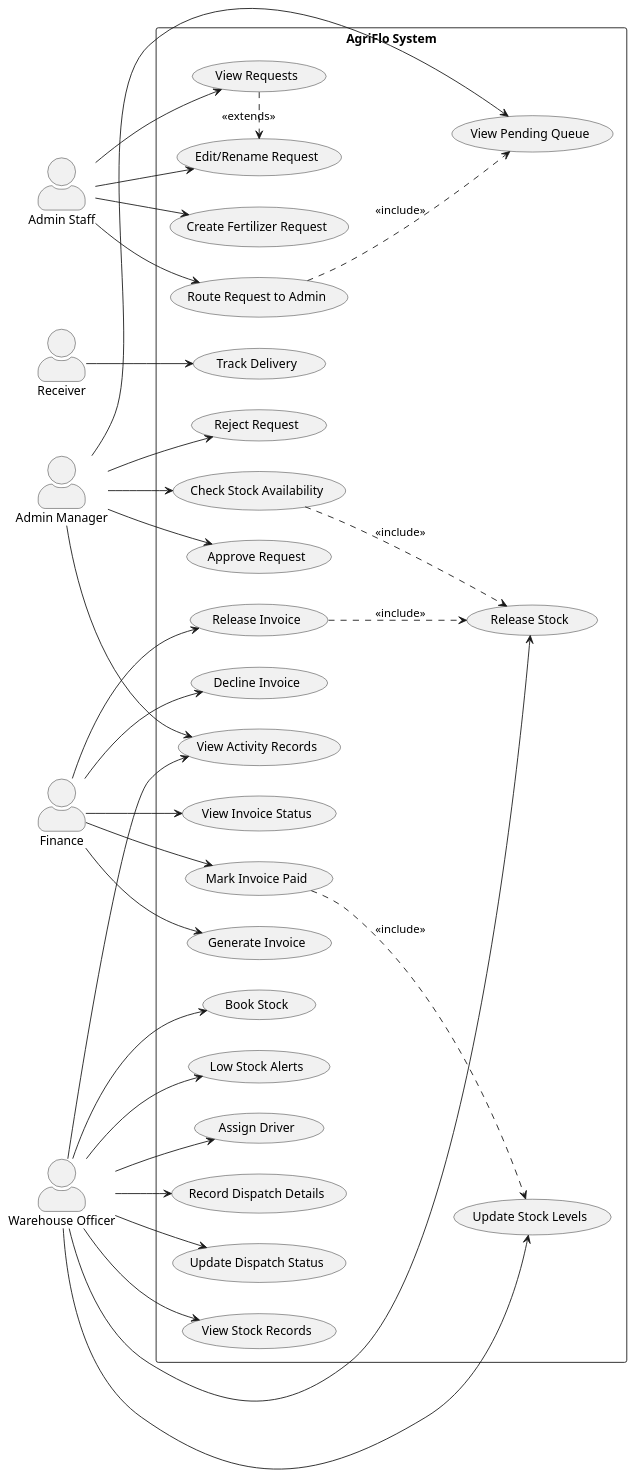
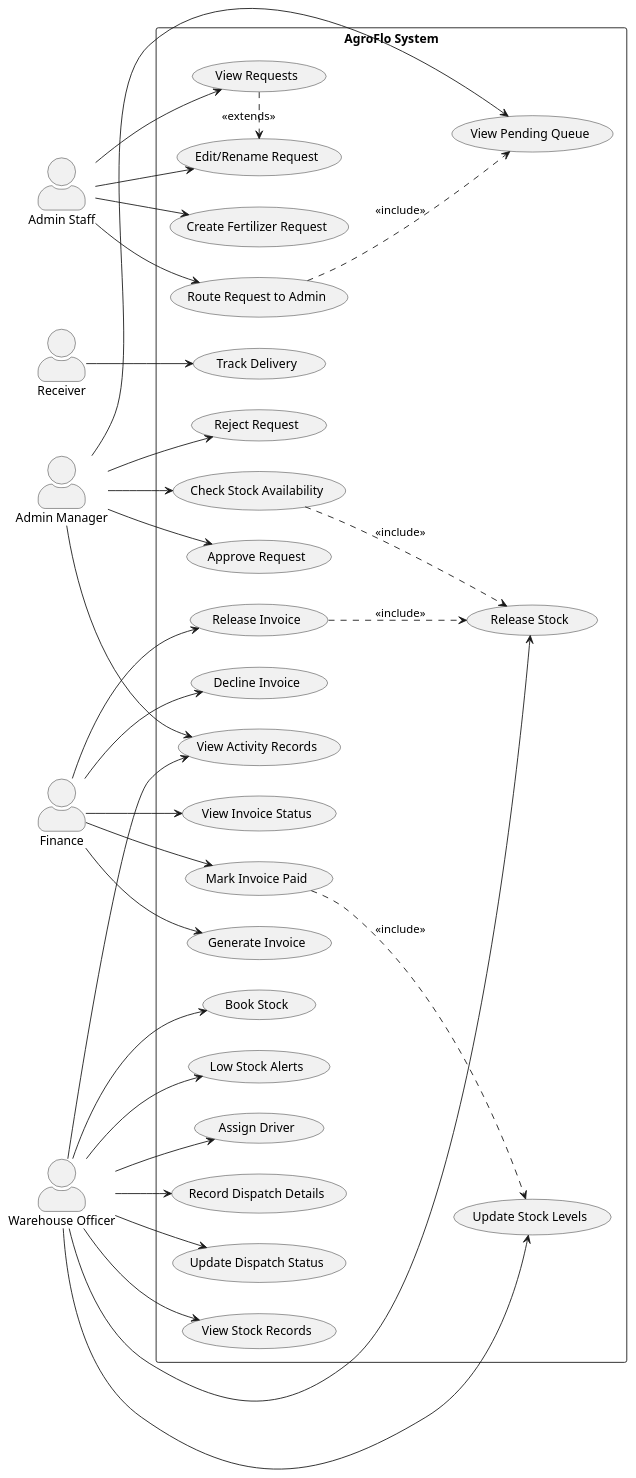
One commit to SenulMapa/AgroFlo changed the first of 2 diagrams in docs/use-case-diagram.md. Above: the diagram before and after it, drawn with PlantUML. The commit also changed other lines of this file and 3 other files, not shown here.

Commit message:
fix: rebranding AgriFlo → AgroFlo

````diff
--- a/docs/use-case-diagram.md
+++ b/docs/use-case-diagram.md
@@ -5,80 +5,80 @@
 ```plantuml
 @startuml
 skinparam actorStyle awesome
 
 left to right direction
 
 actor "Admin Staff" as admin_staff
 actor "Admin Manager" as admin_manager
 actor "Finance" as finance
 actor "Warehouse Officer" as warehouse
 actor "Receiver" as receiver
 
-rectangle "AgriFlo System" {
+rectangle "AgroFlo System" {
   usecase "Create Fertilizer Request" as UC1
   usecase "Edit/Rename Request" as UC2
   usecase "View Requests" as UC3
   usecase "Route Request to Admin" as UC4
 
   usecase "Approve Request" as UC5
   usecase "Reject Request" as UC6
   usecase "View Pending Queue" as UC7
   usecase "Check Stock Availability" as UC8
 
   usecase "Generate Invoice" as UC9
   usecase "Release Invoice" as UC10
   usecase "Decline Invoice" as UC11
   usecase "View Invoice Status" as UC12
   usecase "Mark Invoice Paid" as UC13
 
   usecase "View Stock Records" as UC14
   usecase "Release Stock" as UC15
   usecase "Book Stock" as UC16
   usecase "Update Stock Levels" as UC17
   usecase "Low Stock Alerts" as UC18
 
   usecase "Assign Driver" as UC19
   usecase "Record Dispatch Details" as UC20
   usecase "Update Dispatch Status" as UC21
 
   usecase "Track Delivery" as UC22
   usecase "View Activity Records" as UC23
 }
 
 admin_staff --> UC1
 admin_staff --> UC2
 admin_staff --> UC3
 admin_staff --> UC4
 
 admin_manager --> UC5
 admin_manager --> UC6
 admin_manager --> UC7
 admin_manager --> UC8
 admin_manager --> UC23
 
 finance --> UC9
 finance --> UC10
 finance --> UC11
 finance --> UC12
 finance --> UC13
 
 warehouse --> UC14
 warehouse --> UC15
 warehouse --> UC16
 warehouse --> UC17
 warehouse --> UC18
 warehouse --> UC19
 warehouse --> UC20
 warehouse --> UC21
 warehouse --> UC23
 
 receiver --> UC22
 
 UC3 .> UC2 : <<extends>>
 UC4 ..> UC7 : <<include>>
 UC8 ..> UC15 : <<include>>
 UC10 ..> UC15 : <<include>>
 UC13 ..> UC17 : <<include>>
 
 @enduml
 ```
````
